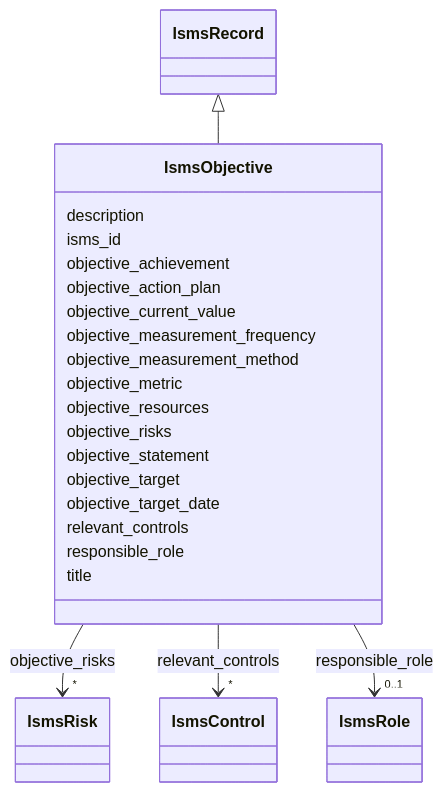
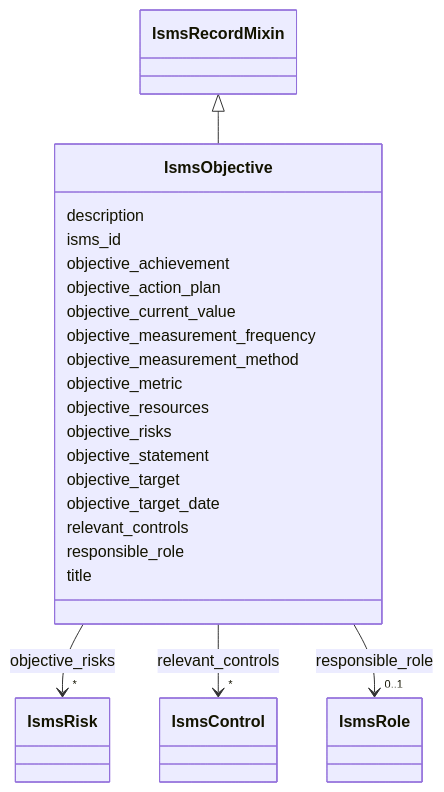
Before and after one commit to lmodel/iso27001: the diagram in project/mermaid/IsmsObjective.md, drawn with Mermaid. The commit also changed 171 other files, not shown here.

Commit message:
refactor(schema): make the record base a mixin so adapt can root records

````diff
--- a/project/mermaid/IsmsObjective.md
+++ b/project/mermaid/IsmsObjective.md
@@ -4,68 +4,68 @@
 ```mermaid
  classDiagram
     class IsmsObjective
     click IsmsObjective href "../IsmsObjective"
-      IsmsRecord <|-- IsmsObjective
-        click IsmsRecord href "../IsmsRecord"
+      IsmsRecordMixin <|-- IsmsObjective
+        click IsmsRecordMixin href "../IsmsRecordMixin"
       
       IsmsObjective : description
         
       IsmsObjective : isms_id
         
       IsmsObjective : objective_achievement
         
       IsmsObjective : objective_action_plan
         
       IsmsObjective : objective_current_value
         
       IsmsObjective : objective_measurement_frequency
         
       IsmsObjective : objective_measurement_method
         
       IsmsObjective : objective_metric
         
       IsmsObjective : objective_resources
         
       IsmsObjective : objective_risks
         
           
     
         
         
         IsmsObjective --> "*" IsmsRisk : objective_risks
         click IsmsRisk href "../IsmsRisk"
     
 
         
       IsmsObjective : objective_statement
         
       IsmsObjective : objective_target
         
       IsmsObjective : objective_target_date
         
       IsmsObjective : relevant_controls
         
           
     
         
         
         IsmsObjective --> "*" IsmsControl : relevant_controls
         click IsmsControl href "../IsmsControl"
     
 
         
       IsmsObjective : responsible_role
         
           
     
         
         
         IsmsObjective --> "0..1" IsmsRole : responsible_role
         click IsmsRole href "../IsmsRole"
     
 
         
       IsmsObjective : title
         
       
 ```
````
